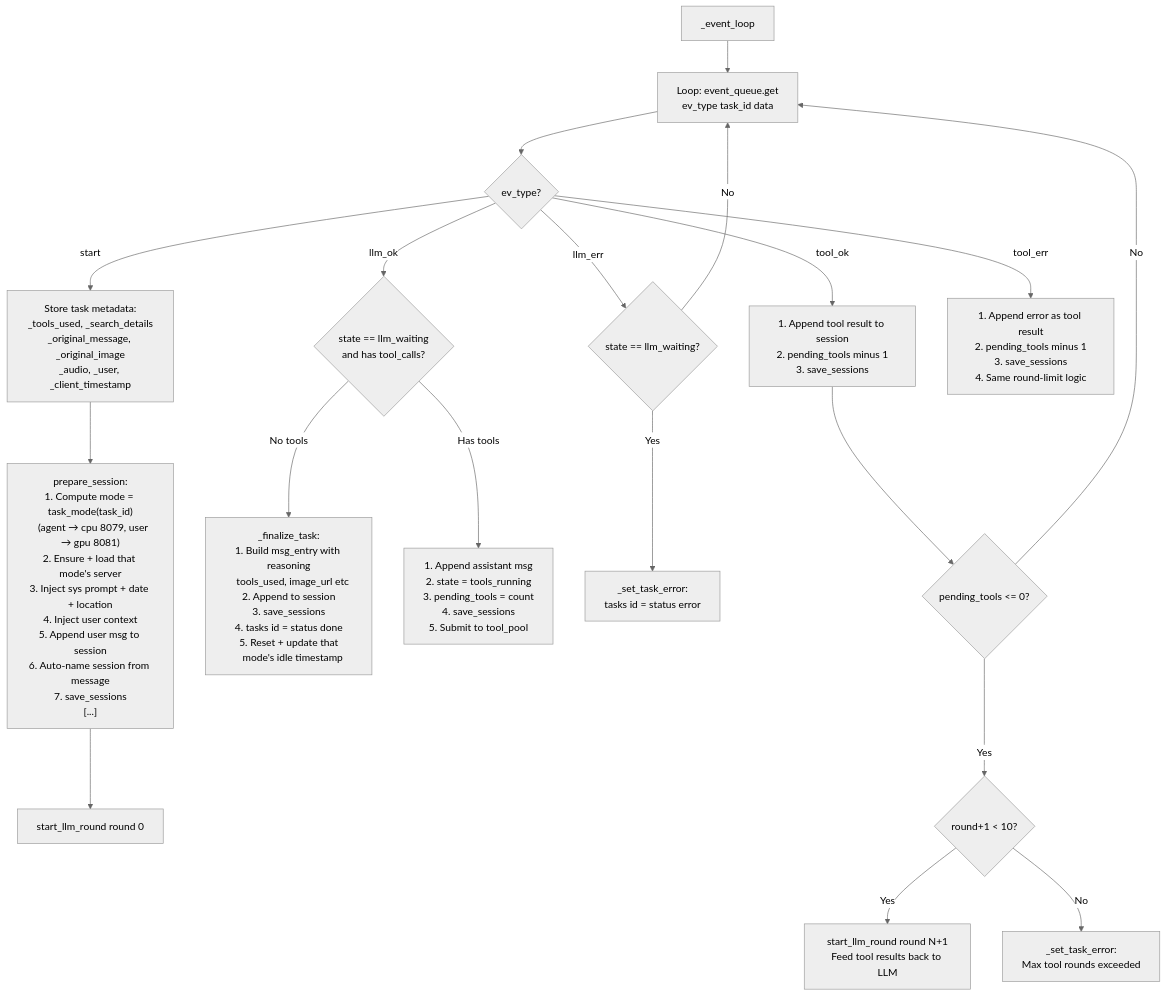
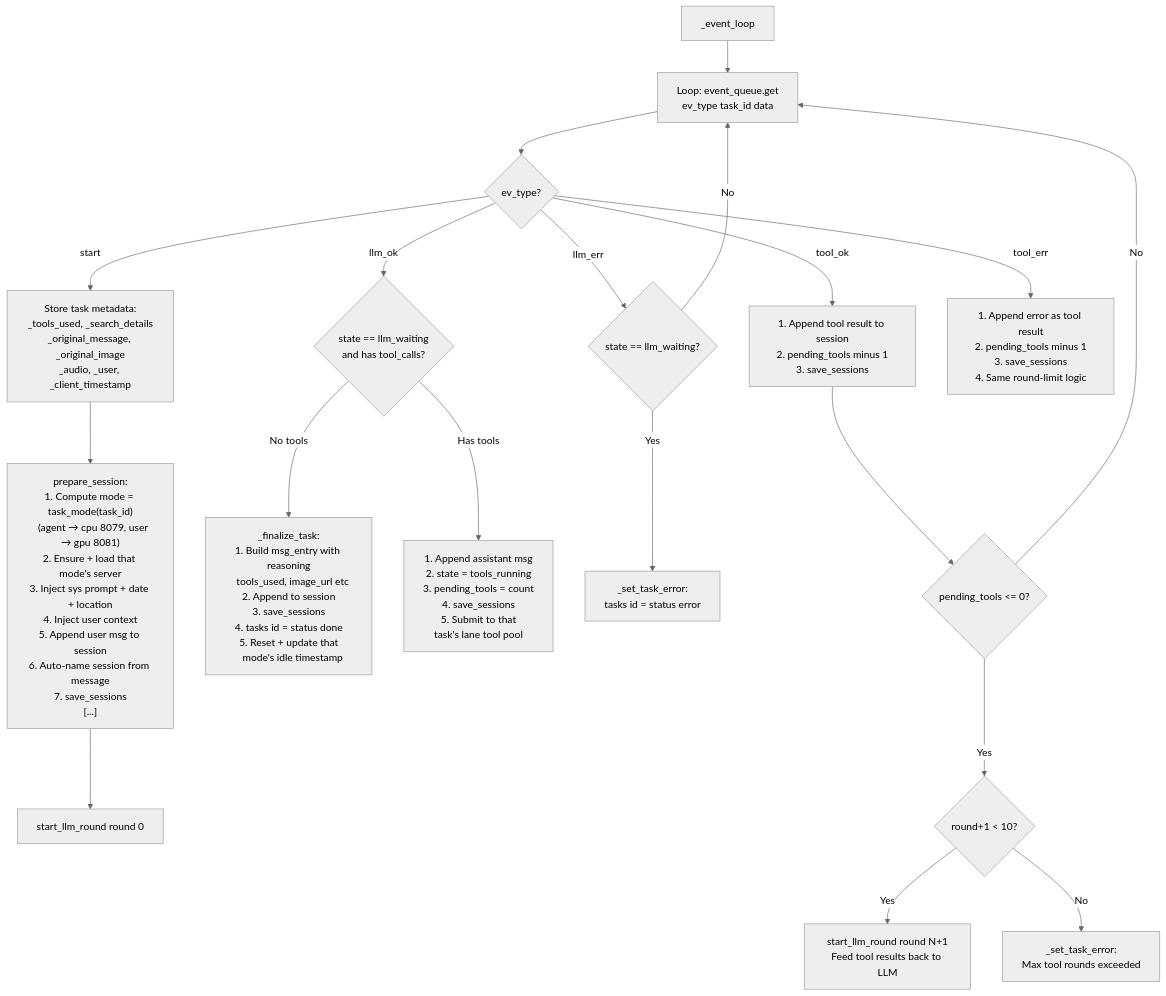
Before and after one commit to Palash90/local-ai: the ninth of 12 diagrams in README.md, drawn with Mermaid (neutral theme). The commit also changed other lines of this file and 24 other files, not shown here.

````diff
--- a/README.md
+++ b/README.md
@@ -409,26 +425,26 @@
 ```mermaid
 graph TD
     E1["_event_loop"] --> EvLoop["Loop: event_queue.get\nev_type task_id data"]
     EvLoop --> EvDispatch{"ev_type?"}
 
     EvDispatch -- "start" --> EvStart["Store task metadata:\n_tools_used, _search_details\n_original_message, _original_image\n_audio, _user, _client_timestamp"]
     EvStart --> PrepSession["prepare_session:\n1. Compute mode = task_mode(task_id)\n   (agent → cpu 8079, user → gpu 8081)\n2. Ensure + load that mode's server\n3. Inject sys prompt + date + location\n4. Inject user context\n5. Append user msg to session\n6. Auto-name session from message\n7. save_sessions\n[...]" ]
     PrepSession --> StartRound0["start_llm_round round 0"]
 
     EvDispatch -- "llm_ok" --> LLMOK{"state == llm_waiting\nand has tool_calls?"}
     LLMOK -- "No tools" --> Finalize["_finalize_task:\n1. Build msg_entry with reasoning\n   tools_used, image_url etc\n2. Append to session\n3. save_sessions\n4. tasks id = status done\n5. Reset + update that\n   mode's idle timestamp"]
-    LLMOK -- "Has tools" --> SubmitTools["1. Append assistant msg\n2. state = tools_running\n3. pending_tools = count\n4. save_sessions\n5. Submit to tool_pool"]
+    LLMOK -- "Has tools" --> SubmitTools["1. Append assistant msg\n2. state = tools_running\n3. pending_tools = count\n4. save_sessions\n5. Submit to that\n   task's lane tool pool"]
 
     EvDispatch -- "llm_err" --> LLMERR{"state == llm_waiting?"}
     LLMERR -- Yes --> LLMErrAction["_set_task_error:\ntasks id = status error"]
     LLMERR -- No --> EvLoop
 
     EvDispatch -- "tool_ok" --> ToolOK["1. Append tool result to session\n2. pending_tools minus 1\n3. save_sessions"]
     ToolOK --> AllToolsDone{"pending_tools <= 0?"}
     AllToolsDone -- No --> EvLoop
     AllToolsDone -- Yes --> NextRoundCheck{"round+1 < 10?"}
     NextRoundCheck -- Yes --> NextRound["start_llm_round round N+1\nFeed tool results back to LLM"]
     NextRoundCheck -- No --> MaxRoundsErr["_set_task_error:\nMax tool rounds exceeded"]
 
     EvDispatch -- "tool_err" --> ToolERR["1. Append error as tool result\n2. pending_tools minus 1\n3. save_sessions\n4. Same round-limit logic"]
 ```
````
